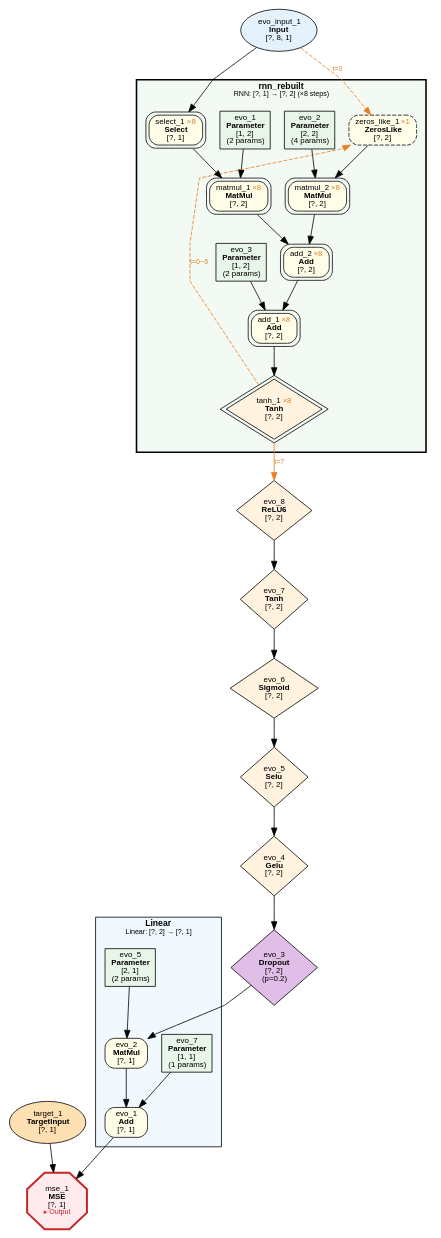
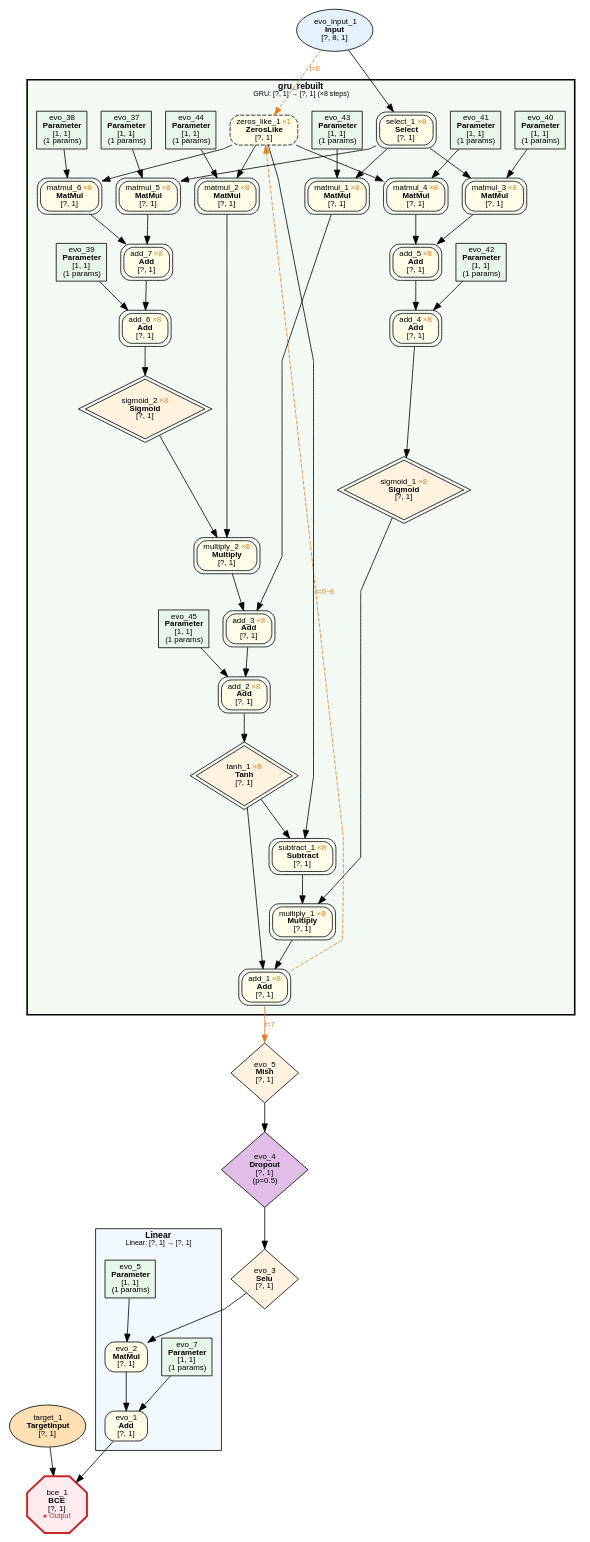
One commit to dbsxdbsx/only_torch changed the diagram in examples/evolution/parity_seq/evolution_parity_seq.dot. Above: the diagram before and after it, drawn with Graphviz. The commit also changed 25 other files, not shown here.

```diff
--- a/examples/evolution/parity_seq/evolution_parity_seq.dot
+++ b/examples/evolution/parity_seq/evolution_parity_seq.dot
@@ -1,76 +1,116 @@
 digraph ComputeGraph {
     rankdir=TB;
     newrank=true;
     splines=polyline;
     node [fontname="Microsoft YaHei,SimHei,Arial"];
     edge [fontname="Microsoft YaHei,SimHei,Arial"];
 
     subgraph cluster_group_linear_1 {
-        label=<<B>Linear</B><BR/><FONT POINT-SIZE="9">Linear: [?, 2] → [?, 1]</FONT>>;
+        label=<<B>Linear</B><BR/><FONT POINT-SIZE="9">Linear: [?, 1] → [?, 1]</FONT>>;
         style=filled;
         fillcolor="#E3F2FD80";
         fontname="Microsoft YaHei,SimHei,Arial";
         fontsize=11;
         margin=12;
             "2" [label=<evo_1<BR/><B>Add</B><BR/>[?, 1]> shape=box style="filled,rounded" fillcolor="#FFFDE7" fontsize=10];
             "4" [label=<evo_2<BR/><B>MatMul</B><BR/>[?, 1]> shape=box style="filled,rounded" fillcolor="#FFFDE7" fontsize=10];
             "5" [label=<evo_7<BR/><B>Parameter</B><BR/>[1, 1]<BR/>(1 params)> shape=box style=filled fillcolor="#E8F5E9" fontsize=10];
-            "7" [label=<evo_5<BR/><B>Parameter</B><BR/>[2, 1]<BR/>(2 params)> shape=box style=filled fillcolor="#E8F5E9" fontsize=10];
+            "7" [label=<evo_5<BR/><B>Parameter</B><BR/>[1, 1]<BR/>(1 params)> shape=box style=filled fillcolor="#E8F5E9" fontsize=10];
     }
 
-    subgraph cluster_group_rnn_0 {
-        label=<<B>rnn_rebuilt</B><BR/><FONT POINT-SIZE="9">RNN: [?, 1] → [?, 2] (×8 steps)</FONT>>;
+    subgraph cluster_group_gru_0 {
+        label=<<B>gru_rebuilt</B><BR/><FONT POINT-SIZE="9">GRU: [?, 1] → [?, 1] (×8 steps)</FONT>>;
         style="filled,bold";
         peripheries=3;
         penwidth=2;
         fillcolor="#E8F5E980";
         fontname="Microsoft YaHei,SimHei,Arial";
         fontsize=11;
         margin=12;
-            "13" [label=<evo_3<BR/><B>Parameter</B><BR/>[1, 2]<BR/>(2 params)> shape=box style=filled fillcolor="#E8F5E9" fontsize=10];
-            "14" [label=<evo_1<BR/><B>Parameter</B><BR/>[1, 2]<BR/>(2 params)> shape=box style=filled fillcolor="#E8F5E9" fontsize=10];
-            "15" [label=<evo_2<BR/><B>Parameter</B><BR/>[2, 2]<BR/>(4 params)> shape=box style=filled fillcolor="#E8F5E9" fontsize=10];
-            "17" [label=<tanh_1 <FONT COLOR="#E67E22">×8</FONT><BR/><B>Tanh</B><BR/>[?, 2]> shape=diamond style=filled fillcolor="#FFF3E0" fontsize=10 peripheries=2];
-            "18" [label=<add_1 <FONT COLOR="#E67E22">×8</FONT><BR/><B>Add</B><BR/>[?, 2]> shape=box style="filled,rounded" fillcolor="#FFFDE7" fontsize=10 peripheries=2];
-            "19" [label=<add_2 <FONT COLOR="#E67E22">×8</FONT><BR/><B>Add</B><BR/>[?, 2]> shape=box style="filled,rounded" fillcolor="#FFFDE7" fontsize=10 peripheries=2];
-            "20" [label=<matmul_1 <FONT COLOR="#E67E22">×8</FONT><BR/><B>MatMul</B><BR/>[?, 2]> shape=box style="filled,rounded" fillcolor="#FFFDE7" fontsize=10 peripheries=2];
-            "21" [label=<matmul_2 <FONT COLOR="#E67E22">×8</FONT><BR/><B>MatMul</B><BR/>[?, 2]> shape=box style="filled,rounded" fillcolor="#FFFDE7" fontsize=10 peripheries=2];
-            "22" [label=<select_1 <FONT COLOR="#E67E22">×8</FONT><BR/><B>Select</B><BR/>[?, 1]> shape=box style="filled,rounded" fillcolor="#FFFDE7" fontsize=10 peripheries=2];
-            "23" [label=<zeros_like_1 <FONT COLOR="#E67E22">×1</FONT><BR/><B>ZerosLike</B><BR/>[?, 2]> shape=box style="filled,rounded,dashed" fillcolor="#FFFDE7" fontsize=10];
+            "10" [label=<evo_45<BR/><B>Parameter</B><BR/>[1, 1]<BR/>(1 params)> shape=box style=filled fillcolor="#E8F5E9" fontsize=10];
+            "11" [label=<evo_42<BR/><B>Parameter</B><BR/>[1, 1]<BR/>(1 params)> shape=box style=filled fillcolor="#E8F5E9" fontsize=10];
+            "12" [label=<evo_43<BR/><B>Parameter</B><BR/>[1, 1]<BR/>(1 params)> shape=box style=filled fillcolor="#E8F5E9" fontsize=10];
+            "14" [label=<evo_44<BR/><B>Parameter</B><BR/>[1, 1]<BR/>(1 params)> shape=box style=filled fillcolor="#E8F5E9" fontsize=10];
+            "15" [label=<evo_40<BR/><B>Parameter</B><BR/>[1, 1]<BR/>(1 params)> shape=box style=filled fillcolor="#E8F5E9" fontsize=10];
+            "16" [label=<evo_41<BR/><B>Parameter</B><BR/>[1, 1]<BR/>(1 params)> shape=box style=filled fillcolor="#E8F5E9" fontsize=10];
+            "17" [label=<evo_39<BR/><B>Parameter</B><BR/>[1, 1]<BR/>(1 params)> shape=box style=filled fillcolor="#E8F5E9" fontsize=10];
+            "18" [label=<evo_37<BR/><B>Parameter</B><BR/>[1, 1]<BR/>(1 params)> shape=box style=filled fillcolor="#E8F5E9" fontsize=10];
+            "19" [label=<evo_38<BR/><B>Parameter</B><BR/>[1, 1]<BR/>(1 params)> shape=box style=filled fillcolor="#E8F5E9" fontsize=10];
+            "20" [label=<add_1 <FONT COLOR="#E67E22">×8</FONT><BR/><B>Add</B><BR/>[?, 1]> shape=box style="filled,rounded" fillcolor="#FFFDE7" fontsize=10 peripheries=2];
+            "21" [label=<tanh_1 <FONT COLOR="#E67E22">×8</FONT><BR/><B>Tanh</B><BR/>[?, 1]> shape=diamond style=filled fillcolor="#FFF3E0" fontsize=10 peripheries=2];
+            "22" [label=<multiply_1 <FONT COLOR="#E67E22">×8</FONT><BR/><B>Multiply</B><BR/>[?, 1]> shape=box style="filled,rounded" fillcolor="#FFFDE7" fontsize=10 peripheries=2];
+            "23" [label=<add_2 <FONT COLOR="#E67E22">×8</FONT><BR/><B>Add</B><BR/>[?, 1]> shape=box style="filled,rounded" fillcolor="#FFFDE7" fontsize=10 peripheries=2];
+            "24" [label=<sigmoid_1 <FONT COLOR="#E67E22">×8</FONT><BR/><B>Sigmoid</B><BR/>[?, 1]> shape=diamond style=filled fillcolor="#FFF3E0" fontsize=10 peripheries=2];
+            "25" [label=<subtract_1 <FONT COLOR="#E67E22">×8</FONT><BR/><B>Subtract</B><BR/>[?, 1]> shape=box style="filled,rounded" fillcolor="#FFFDE7" fontsize=10 peripheries=2];
+            "26" [label=<add_3 <FONT COLOR="#E67E22">×8</FONT><BR/><B>Add</B><BR/>[?, 1]> shape=box style="filled,rounded" fillcolor="#FFFDE7" fontsize=10 peripheries=2];
+            "27" [label=<add_4 <FONT COLOR="#E67E22">×8</FONT><BR/><B>Add</B><BR/>[?, 1]> shape=box style="filled,rounded" fillcolor="#FFFDE7" fontsize=10 peripheries=2];
+            "28" [label=<zeros_like_1 <FONT COLOR="#E67E22">×1</FONT><BR/><B>ZerosLike</B><BR/>[?, 1]> shape=box style="filled,rounded,dashed" fillcolor="#FFFDE7" fontsize=10];
+            "29" [label=<matmul_1 <FONT COLOR="#E67E22">×8</FONT><BR/><B>MatMul</B><BR/>[?, 1]> shape=box style="filled,rounded" fillcolor="#FFFDE7" fontsize=10 peripheries=2];
+            "30" [label=<multiply_2 <FONT COLOR="#E67E22">×8</FONT><BR/><B>Multiply</B><BR/>[?, 1]> shape=box style="filled,rounded" fillcolor="#FFFDE7" fontsize=10 peripheries=2];
+            "31" [label=<add_5 <FONT COLOR="#E67E22">×8</FONT><BR/><B>Add</B><BR/>[?, 1]> shape=box style="filled,rounded" fillcolor="#FFFDE7" fontsize=10 peripheries=2];
+            "32" [label=<select_1 <FONT COLOR="#E67E22">×8</FONT><BR/><B>Select</B><BR/>[?, 1]> shape=box style="filled,rounded" fillcolor="#FFFDE7" fontsize=10 peripheries=2];
+            "33" [label=<sigmoid_2 <FONT COLOR="#E67E22">×8</FONT><BR/><B>Sigmoid</B><BR/>[?, 1]> shape=diamond style=filled fillcolor="#FFF3E0" fontsize=10 peripheries=2];
+            "34" [label=<matmul_2 <FONT COLOR="#E67E22">×8</FONT><BR/><B>MatMul</B><BR/>[?, 1]> shape=box style="filled,rounded" fillcolor="#FFFDE7" fontsize=10 peripheries=2];
+            "35" [label=<matmul_3 <FONT COLOR="#E67E22">×8</FONT><BR/><B>MatMul</B><BR/>[?, 1]> shape=box style="filled,rounded" fillcolor="#FFFDE7" fontsize=10 peripheries=2];
+            "36" [label=<matmul_4 <FONT COLOR="#E67E22">×8</FONT><BR/><B>MatMul</B><BR/>[?, 1]> shape=box style="filled,rounded" fillcolor="#FFFDE7" fontsize=10 peripheries=2];
+            "37" [label=<add_6 <FONT COLOR="#E67E22">×8</FONT><BR/><B>Add</B><BR/>[?, 1]> shape=box style="filled,rounded" fillcolor="#FFFDE7" fontsize=10 peripheries=2];
+            "38" [label=<add_7 <FONT COLOR="#E67E22">×8</FONT><BR/><B>Add</B><BR/>[?, 1]> shape=box style="filled,rounded" fillcolor="#FFFDE7" fontsize=10 peripheries=2];
+            "39" [label=<matmul_5 <FONT COLOR="#E67E22">×8</FONT><BR/><B>MatMul</B><BR/>[?, 1]> shape=box style="filled,rounded" fillcolor="#FFFDE7" fontsize=10 peripheries=2];
+            "40" [label=<matmul_6 <FONT COLOR="#E67E22">×8</FONT><BR/><B>MatMul</B><BR/>[?, 1]> shape=box style="filled,rounded" fillcolor="#FFFDE7" fontsize=10 peripheries=2];
     }
 
-    "1" [label=<mse_1<BR/><B>MSE</B><BR/>[?, 1]<BR/><FONT COLOR="#C62828" POINT-SIZE="9">▸ Output</FONT>> shape=octagon style=filled fillcolor="#FFEBEE" fontsize=10 penwidth=2.5 color="#C62828"];
+    "1" [label=<bce_1<BR/><B>BCE</B><BR/>[?, 1]<BR/><FONT COLOR="#C62828" POINT-SIZE="9">▸ Output</FONT>> shape=octagon style=filled fillcolor="#FFEBEE" fontsize=10 penwidth=2.5 color="#C62828"];
     "3" [label=<target_1<BR/><B>TargetInput</B><BR/>[?, 1]> shape=ellipse style=filled fillcolor="#FFE0B2" fontsize=10];
-    "6" [label=<evo_3<BR/><B>Dropout</B><BR/>[?, 2]<BR/>(p=0.2)> shape=diamond style=filled fillcolor="#E1BEE7" fontsize=10];
-    "8" [label=<evo_4<BR/><B>Gelu</B><BR/>[?, 2]> shape=diamond style=filled fillcolor="#FFF3E0" fontsize=10];
-    "9" [label=<evo_5<BR/><B>Selu</B><BR/>[?, 2]> shape=diamond style=filled fillcolor="#FFF3E0" fontsize=10];
-    "10" [label=<evo_6<BR/><B>Sigmoid</B><BR/>[?, 2]> shape=diamond style=filled fillcolor="#FFF3E0" fontsize=10];
-    "11" [label=<evo_7<BR/><B>Tanh</B><BR/>[?, 2]> shape=diamond style=filled fillcolor="#FFF3E0" fontsize=10];
-    "12" [label=<evo_8<BR/><B>ReLU6</B><BR/>[?, 2]> shape=diamond style=filled fillcolor="#FFF3E0" fontsize=10];
-    "16" [label=<evo_input_1<BR/><B>Input</B><BR/>[?, 8, 1]> shape=ellipse style=filled fillcolor="#E3F2FD" fontsize=10];
+    "6" [label=<evo_3<BR/><B>Selu</B><BR/>[?, 1]> shape=diamond style=filled fillcolor="#FFF3E0" fontsize=10];
+    "8" [label=<evo_4<BR/><B>Dropout</B><BR/>[?, 1]<BR/>(p=0.5)> shape=diamond style=filled fillcolor="#E1BEE7" fontsize=10];
+    "9" [label=<evo_5<BR/><B>Mish</B><BR/>[?, 1]> shape=diamond style=filled fillcolor="#FFF3E0" fontsize=10];
+    "13" [label=<evo_input_1<BR/><B>Input</B><BR/>[?, 8, 1]> shape=ellipse style=filled fillcolor="#E3F2FD" fontsize=10];
 
     "2" -> "1";
     "3" -> "1";
     "4" -> "2";
     "5" -> "2";
     "6" -> "4";
     "7" -> "4";
     "8" -> "6";
     "9" -> "8";
-    "10" -> "9";
-    "11" -> "10";
-    "12" -> "11";
-    "17" -> "12" [ color="#E67E22" label=<t=7> fontcolor="#E67E22" fontsize=9];
-    "18" -> "17";
-    "19" -> "18";
-    "13" -> "18";
-    "20" -> "19";
-    "21" -> "19";
+    "20" -> "9" [ color="#E67E22" label=<t=7> fontcolor="#E67E22" fontsize=9];
+    "21" -> "20";
     "22" -> "20";
-    "14" -> "20";
     "23" -> "21";
-    "15" -> "21";
-    "16" -> "22";
-    "16" -> "23" [ style=dashed color="#E67E22" label=<t=0> fontcolor="#E67E22" fontsize=9];
-    "17" -> "23" [style=dashed color="#E67E22" label=<t=0~6> fontcolor="#E67E22" fontsize=9 constraint=false];
+    "24" -> "22";
+    "25" -> "22";
+    "26" -> "23";
+    "10" -> "23";
+    "27" -> "24";
+    "28" -> "25";
+    "21" -> "25";
+    "29" -> "26";
+    "30" -> "26";
+    "31" -> "27";
+    "11" -> "27";
+    "13" -> "28" [ style=dashed color="#E67E22" label=<t=0> fontcolor="#E67E22" fontsize=9];
+    "32" -> "29";
+    "12" -> "29";
+    "33" -> "30";
+    "34" -> "30";
+    "35" -> "31";
+    "36" -> "31";
+    "13" -> "32";
+    "37" -> "33";
+    "28" -> "34";
+    "14" -> "34";
+    "32" -> "35";
+    "15" -> "35";
+    "28" -> "36";
+    "16" -> "36";
+    "38" -> "37";
+    "17" -> "37";
+    "39" -> "38";
+    "40" -> "38";
+    "32" -> "39";
+    "18" -> "39";
+    "28" -> "40";
+    "19" -> "40";
+    "20" -> "28" [style=dashed color="#E67E22" label=<t=0~6> fontcolor="#E67E22" fontsize=9 constraint=false];
 }
```
